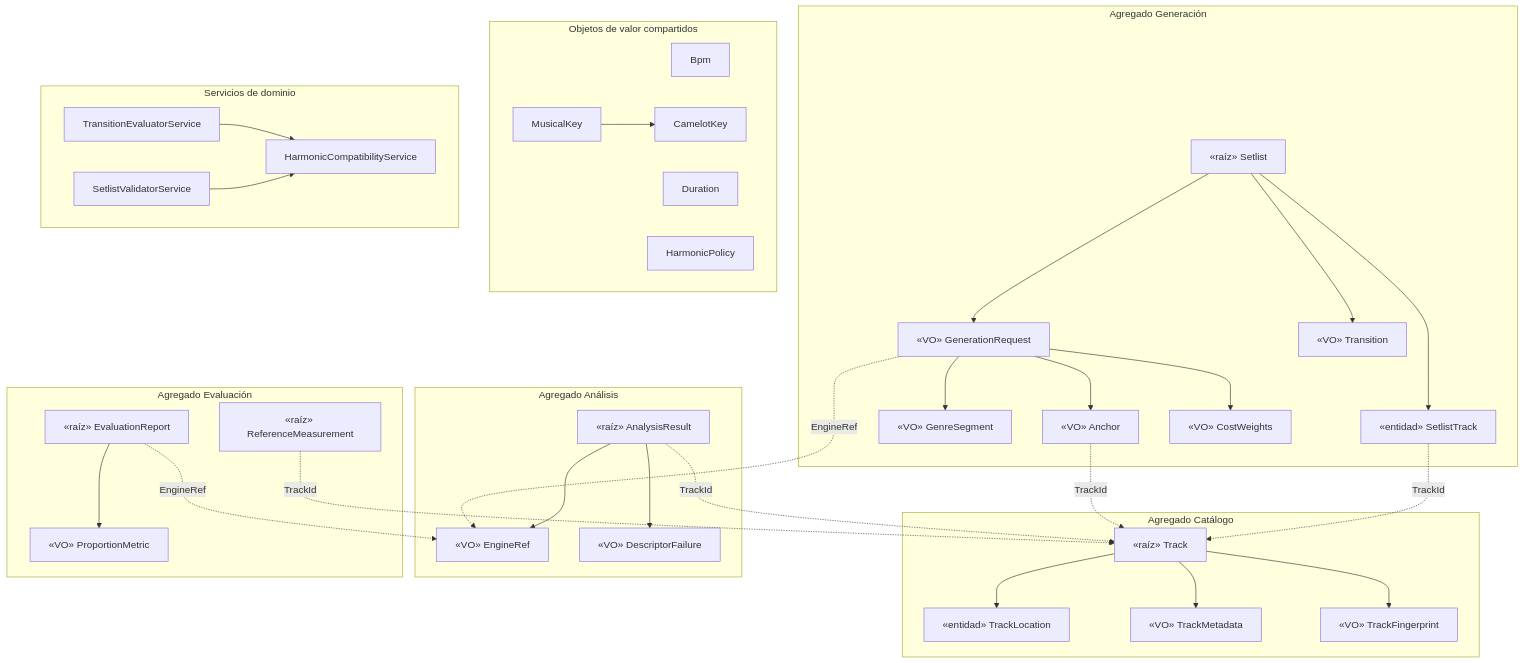
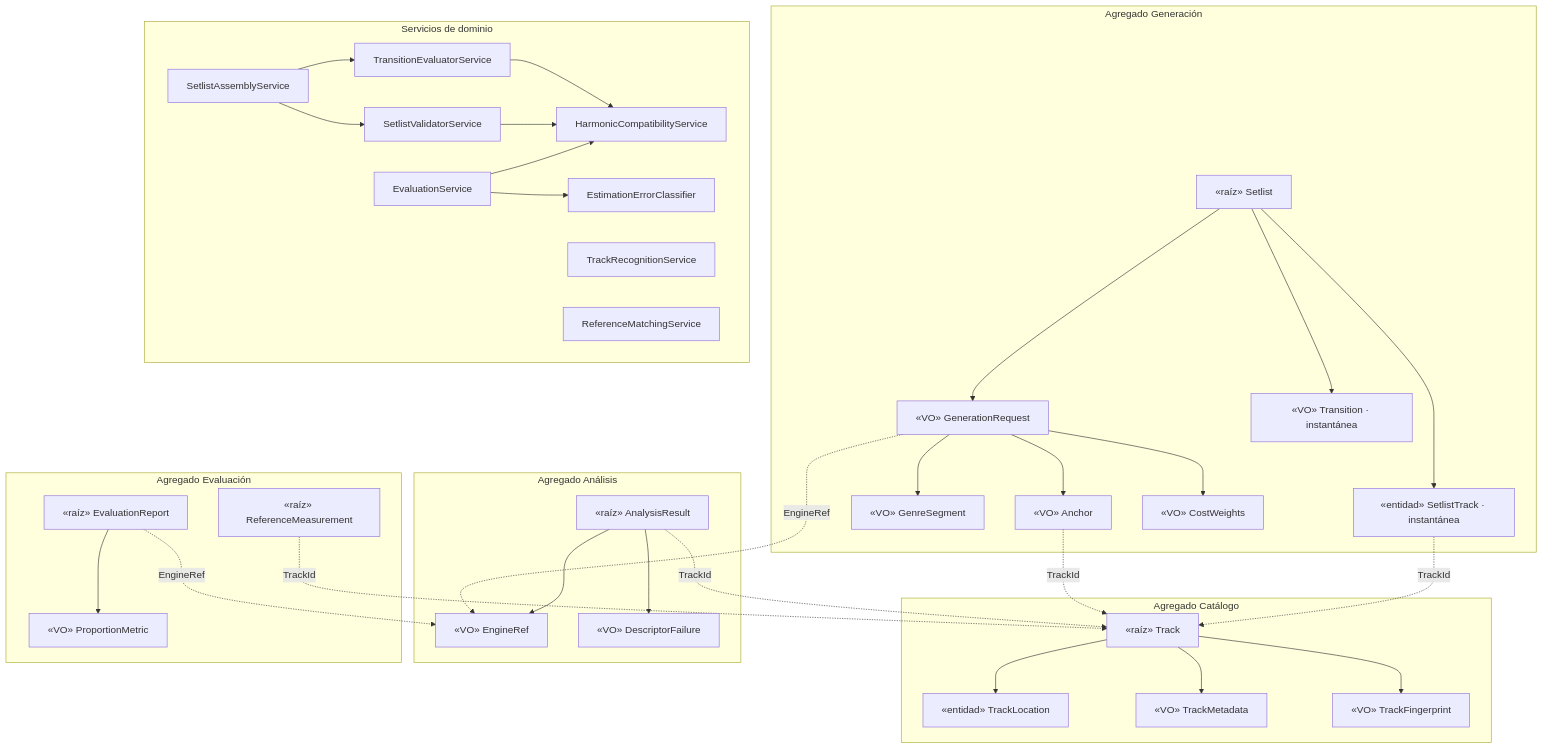
One commit to pabloo806/Trabajo-de-Fin-de-Grado changed the diagram in docs/architecture/domain-model.md. Above: the diagram before and after it, drawn with Mermaid. The commit also changed other lines of this file, not shown here.

````diff
--- a/docs/architecture/domain-model.md
+++ b/docs/architecture/domain-model.md
@@ -34,67 +52,67 @@
 ```mermaid
 flowchart TB
     subgraph CAT["Agregado Catálogo"]
         TRACK["«raíz» Track"]
         LOC["«entidad» TrackLocation"]
         META["«VO» TrackMetadata"]
         FP["«VO» TrackFingerprint"]
         TRACK --> LOC
         TRACK --> META
         TRACK --> FP
     end
 
     subgraph ANA["Agregado Análisis"]
         AR["«raíz» AnalysisResult"]
         ENG["«VO» EngineRef"]
         FAIL["«VO» DescriptorFailure"]
         AR --> ENG
         AR --> FAIL
     end
 
     subgraph GEN["Agregado Generación"]
         SET["«raíz» Setlist"]
-        ST["«entidad» SetlistTrack"]
+        ST["«entidad» SetlistTrack · instantánea"]
         REQ["«VO» GenerationRequest"]
         SEG["«VO» GenreSegment"]
         ANC["«VO» Anchor"]
-        TR["«VO» Transition"]
+        TR["«VO» Transition · instantánea"]
         W["«VO» CostWeights"]
         SET --> ST
         SET --> REQ
         SET --> TR
         REQ --> SEG
         REQ --> ANC
         REQ --> W
     end
 
     subgraph EVA["Agregado Evaluación"]
         REP["«raíz» EvaluationReport"]
         REF["«raíz» ReferenceMeasurement"]
         PM["«VO» ProportionMetric"]
         REP --> PM
     end
 
-    subgraph SHARED["Objetos de valor compartidos"]
-        BPM["Bpm"]
-        DUR["Duration"]
-        MK["MusicalKey"]
-        CK["CamelotKey"]
-        POL["HarmonicPolicy"]
-        MK --> CK
-    end
-
     subgraph SRV["Servicios de dominio"]
         HCS["HarmonicCompatibilityService"]
         TES["TransitionEvaluatorService"]
         SVS["SetlistValidatorService"]
+        SAS["SetlistAssemblyService"]
+        TRS["TrackRecognitionService"]
+        RMS["ReferenceMatchingService"]
+        EVS["EvaluationService"]
+        EEC["EstimationErrorClassifier"]
         TES --> HCS
         SVS --> HCS
+        SAS --> TES
+        SAS --> SVS
+        EVS --> HCS
+        EVS --> EEC
     end
 
     AR -.->|"TrackId"| TRACK
     ST -.->|"TrackId"| TRACK
     ANC -.->|"TrackId"| TRACK
     REF -.->|"TrackId"| TRACK
     REP -.->|"EngineRef"| ENG
     REQ -.->|"EngineRef"| ENG
 ```
````
